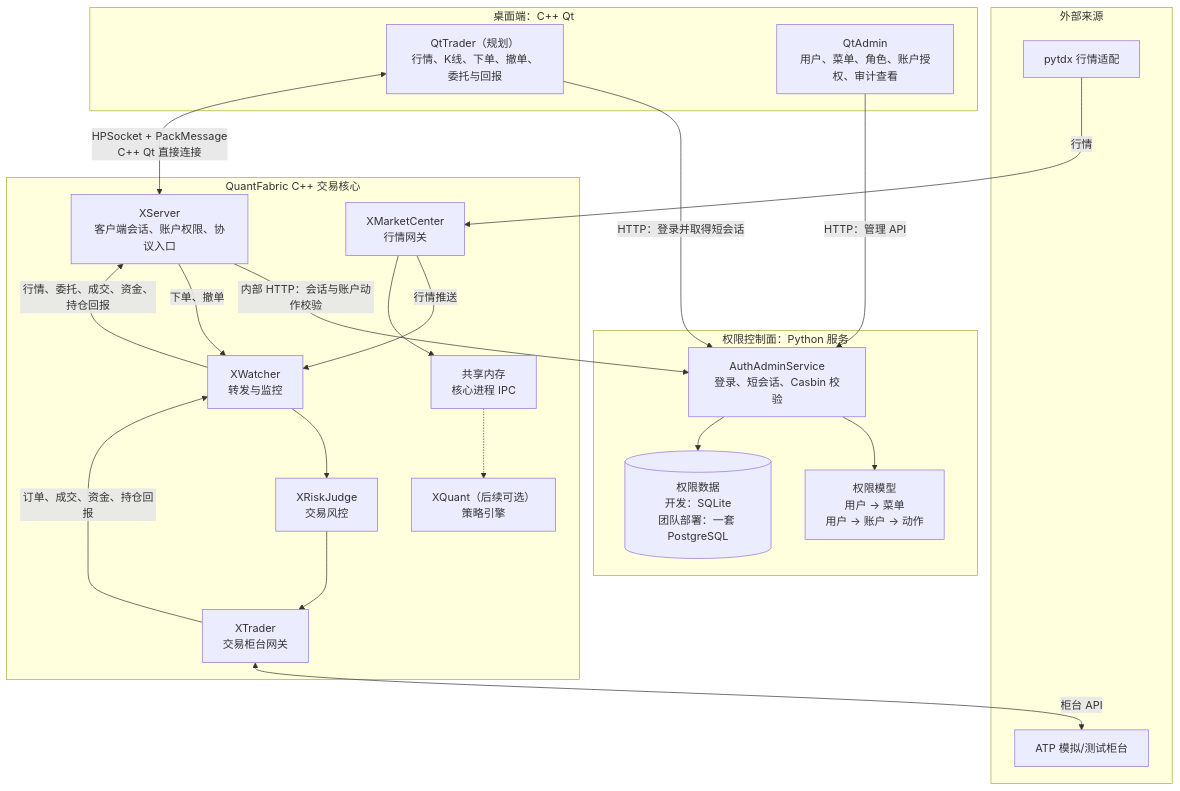
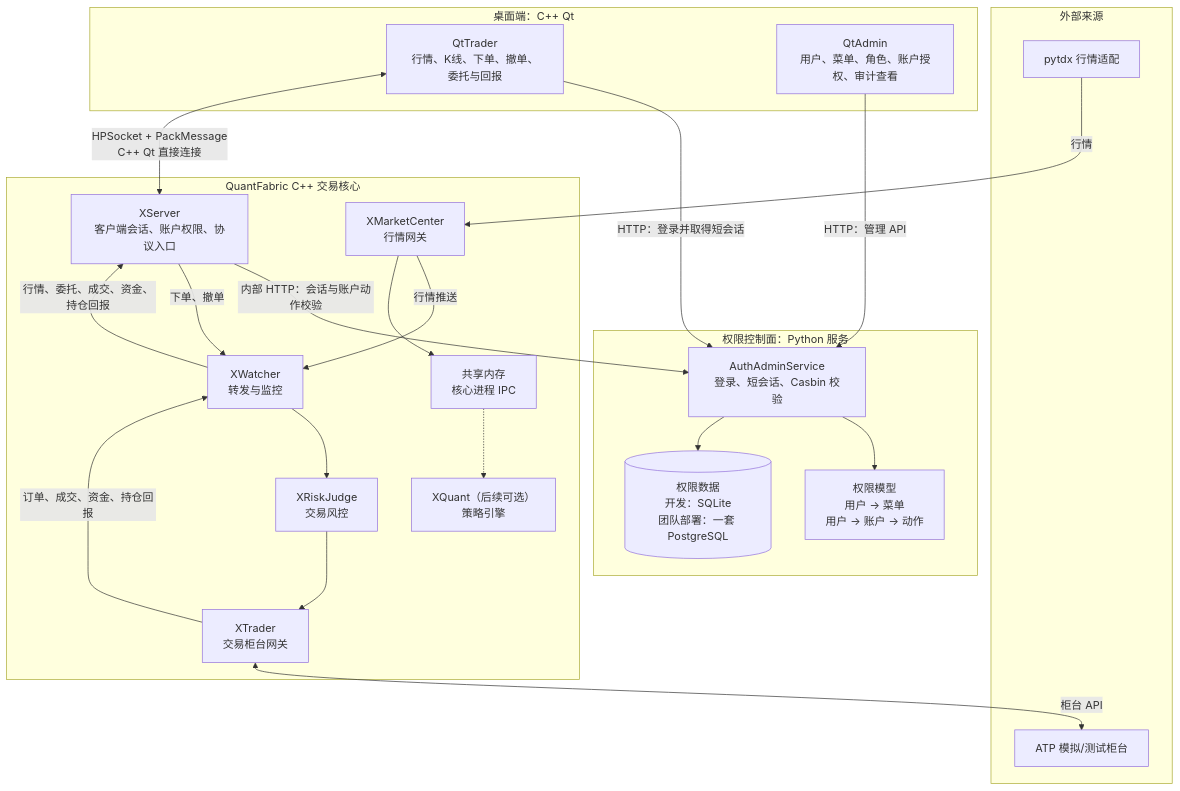
One commit to Weatherbless2/quantfabric-trading-platform changed the diagram in doc/architecture/TargetArchitecture.md. Above: the diagram before and after it, drawn with Mermaid. The commit also changed other lines of this file and 1 other file, not shown here.

Commit message:
docs: record QtTrader session milestone

````diff
--- a/doc/architecture/TargetArchitecture.md
+++ b/doc/architecture/TargetArchitecture.md
@@ -5,47 +5,47 @@
 ```mermaid
 flowchart TB
     subgraph Desktop["桌面端：C++ Qt"]
-        QtTrader["QtTrader（规划）<br/>行情、K线、下单、撤单、委托与回报"]
+        QtTrader["QtTrader<br/>行情、K线、下单、撤单、委托与回报"]
         QtAdmin["QtAdmin<br/>用户、菜单、角色、账户授权、审计查看"]
     end
 
     subgraph Auth["权限控制面：Python 服务"]
         AuthAdmin["AuthAdminService<br/>登录、短会话、Casbin 校验"]
         Policy["权限模型<br/>用户 -> 菜单<br/>用户 -> 账户 -> 动作"]
         AuthDB[("权限数据<br/>开发：SQLite<br/>团队部署：一套 PostgreSQL")]
         AuthAdmin --> Policy
         AuthAdmin --> AuthDB
     end
 
     subgraph Core["QuantFabric C++ 交易核心"]
         XServer["XServer<br/>客户端会话、账户权限、协议入口"]
         XWatcher["XWatcher<br/>转发与监控"]
         XRiskJudge["XRiskJudge<br/>交易风控"]
         XTrader["XTrader<br/>交易柜台网关"]
         XMarketCenter["XMarketCenter<br/>行情网关"]
         SharedMemory["共享内存<br/>核心进程 IPC"]
         XQuant["XQuant（后续可选）<br/>策略引擎"]
     end
 
     subgraph External["外部来源"]
         PyTdx["pytdx 行情适配"]
         ATP["ATP 模拟/测试柜台"]
     end
 
     QtAdmin -->|"HTTP：管理 API"| AuthAdmin
     QtTrader -->|"HTTP：登录并取得短会话"| AuthAdmin
     QtTrader <-->|"HPSocket + PackMessage<br/>C++ Qt 直接连接"| XServer
     XServer -->|"内部 HTTP：会话与账户动作校验"| AuthAdmin
 
     PyTdx -->|"行情"| XMarketCenter
     XMarketCenter -->|"行情推送"| XWatcher
     XMarketCenter --> SharedMemory
     SharedMemory -.-> XQuant
     XWatcher -->|"行情、委托、成交、资金、持仓回报"| XServer
 
     XServer -->|"下单、撤单"| XWatcher
     XWatcher --> XRiskJudge
     XRiskJudge --> XTrader
     XTrader <-->|"柜台 API"| ATP
     XTrader -->|"订单、成交、资金、持仓回报"| XWatcher
 ```
````
